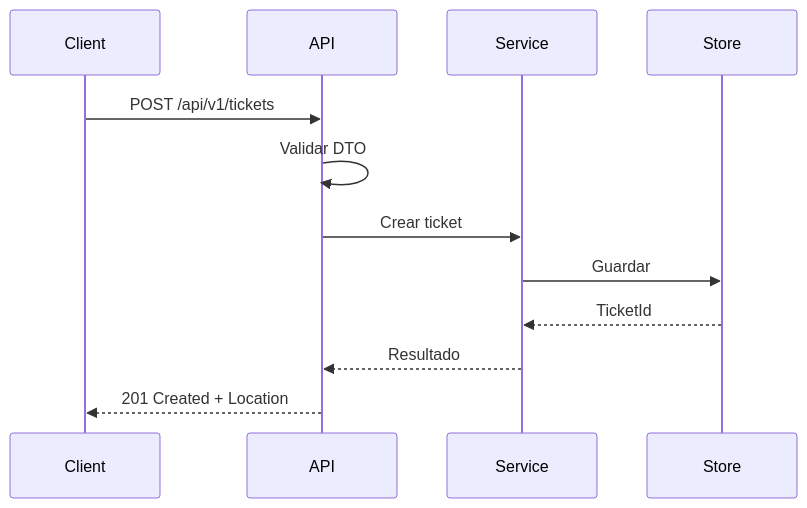
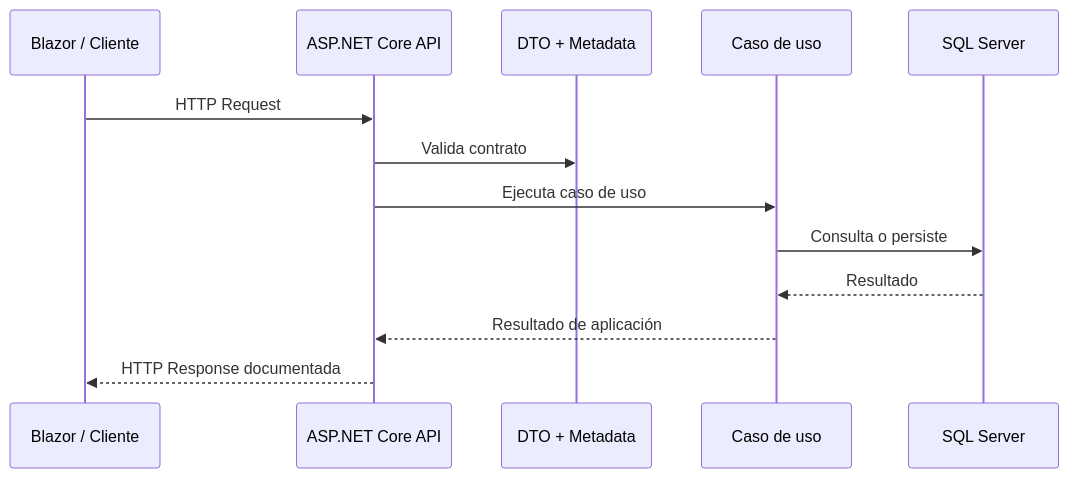
Before and after one commit to johans08/Curso-Arquitectura-de-Software-y-CloudOps: the diagram in Modulo1/Semana4/README.md, drawn with Mermaid. The commit also changed other lines of this file and 151 other files, not shown here.

````diff
--- a/Modulo1/Semana4/README.md
+++ b/Modulo1/Semana4/README.md
@@ -38,15 +117,16 @@
 ```mermaid
 sequenceDiagram
-    participant Client
-    participant API
-    participant Service
-    participant Store
+    participant Client as Blazor / Cliente
+    participant API as ASP.NET Core API
+    participant Contract as DTO + Metadata
+    participant UseCase as Caso de uso
+    participant DB as SQL Server
 
-    Client->>API: POST /api/v1/tickets
-    API->>API: Validar DTO
-    API->>Service: Crear ticket
-    Service->>Store: Guardar
-    Store-->>Service: TicketId
-    Service-->>API: Resultado
-    API-->>Client: 201 Created + Location
+    Client->>API: HTTP Request
+    API->>Contract: Valida contrato
+    API->>UseCase: Ejecuta caso de uso
+    UseCase->>DB: Consulta o persiste
+    DB-->>UseCase: Resultado
+    UseCase-->>API: Resultado de aplicación
+    API-->>Client: HTTP Response documentada
 ```
````
